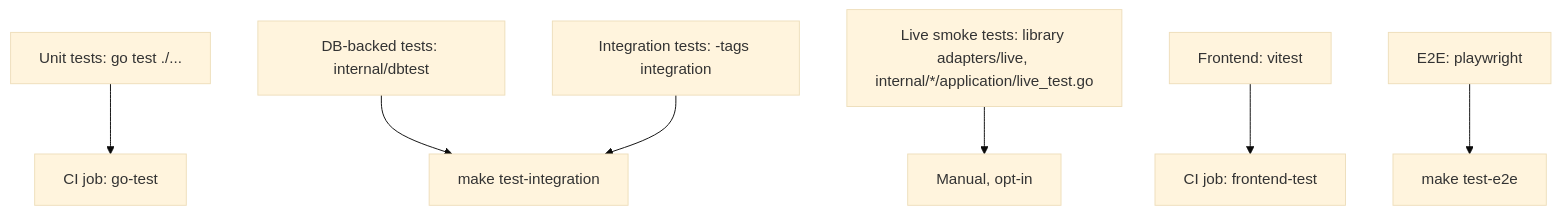
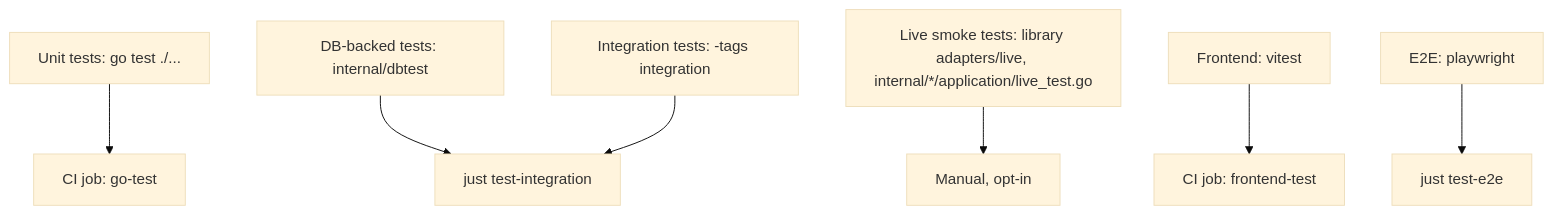
The first of 4 diagrams in docs/docs/principles/testing-philosophy.md (nonamecat19/job-finder), drawn with Mermaid (base theme) before and after one commit. The commit also changed other lines of this file and 26 other files, not shown here.

````diff
--- a/docs/docs/principles/testing-philosophy.md
+++ b/docs/docs/principles/testing-philosophy.md
@@ -17,9 +17,9 @@
 ```mermaid
 flowchart TD
     U["Unit tests: go test ./..."] --> CI1["CI job: go-test"]
-    D["DB-backed tests: internal/dbtest"] --> LOC["make test-integration"]
+    D["DB-backed tests: internal/dbtest"] --> LOC["just test-integration"]
     I["Integration tests: -tags integration"] --> LOC
     L["Live smoke tests: library adapters/live, internal/*/application/live_test.go"] --> MAN["Manual, opt-in"]
     F["Frontend: vitest"] --> CI2["CI job: frontend-test"]
-    E["E2E: playwright"] --> LOC2["make test-e2e"]
+    E["E2E: playwright"] --> LOC2["just test-e2e"]
 ```
````
